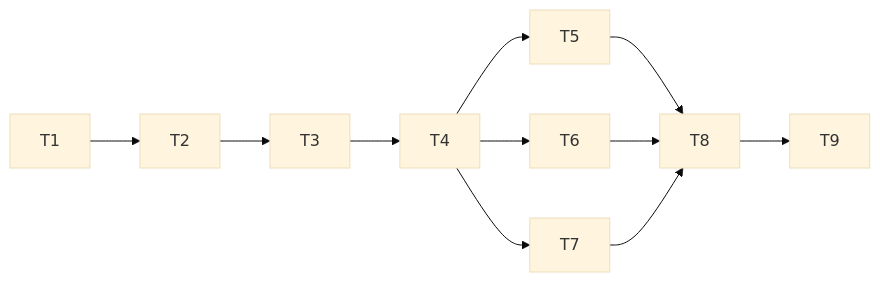
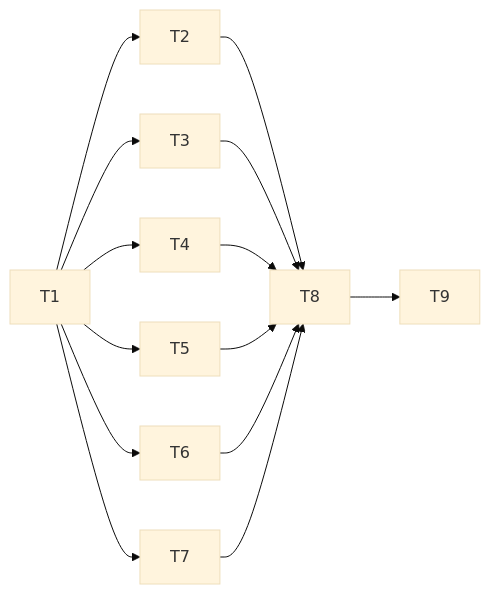
The diagram in docs/superpowers/plans/2026-09-30-controller-events.md (kirchik95/mac-worker), drawn with Mermaid (base theme) before and after one commit. The commit also changed other lines of this file and 1 other file, not shown here.

````diff
--- a/docs/superpowers/plans/2026-09-30-controller-events.md
+++ b/docs/superpowers/plans/2026-09-30-controller-events.md
@@ -57,11 +57,16 @@
 ```mermaid
 flowchart LR
-  T1 --> T2 --> T3 --> T4
-  T4 --> T5
-  T4 --> T6
-  T4 --> T7
+  T1 --> T2
+  T1 --> T3
+  T1 --> T4
+  T1 --> T5
+  T1 --> T6
+  T1 --> T7
+  T2 --> T8
+  T3 --> T8
+  T4 --> T8
   T5 --> T8
   T6 --> T8
   T7 --> T8
   T8 --> T9
 ```
````
